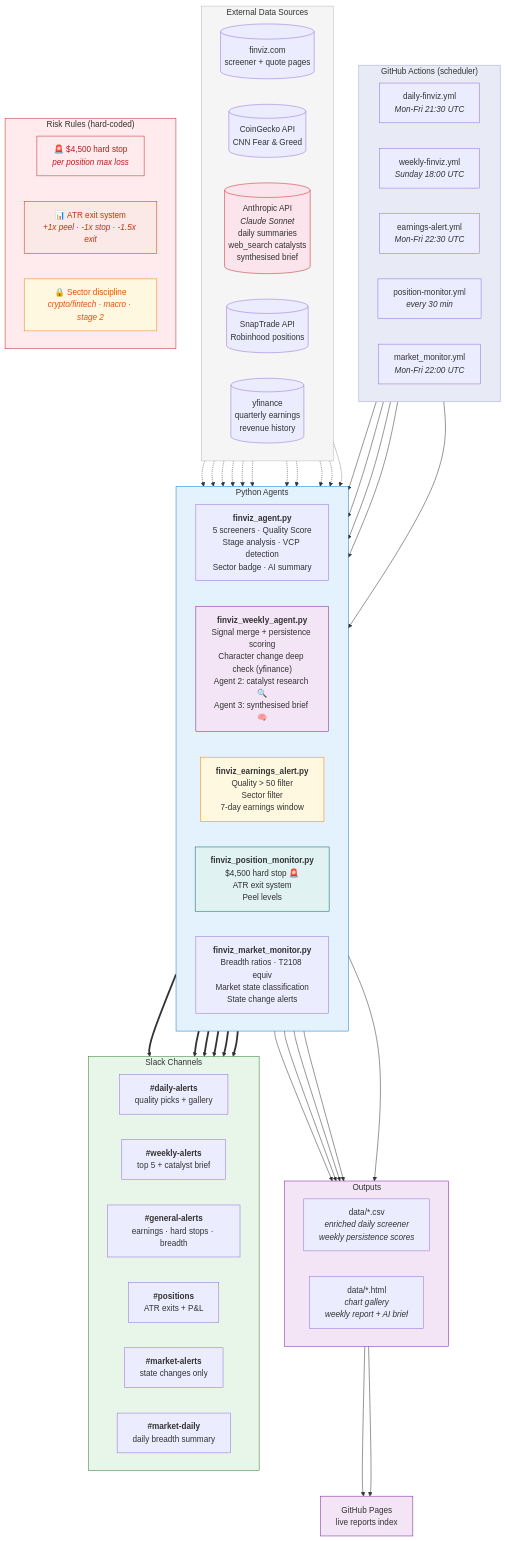
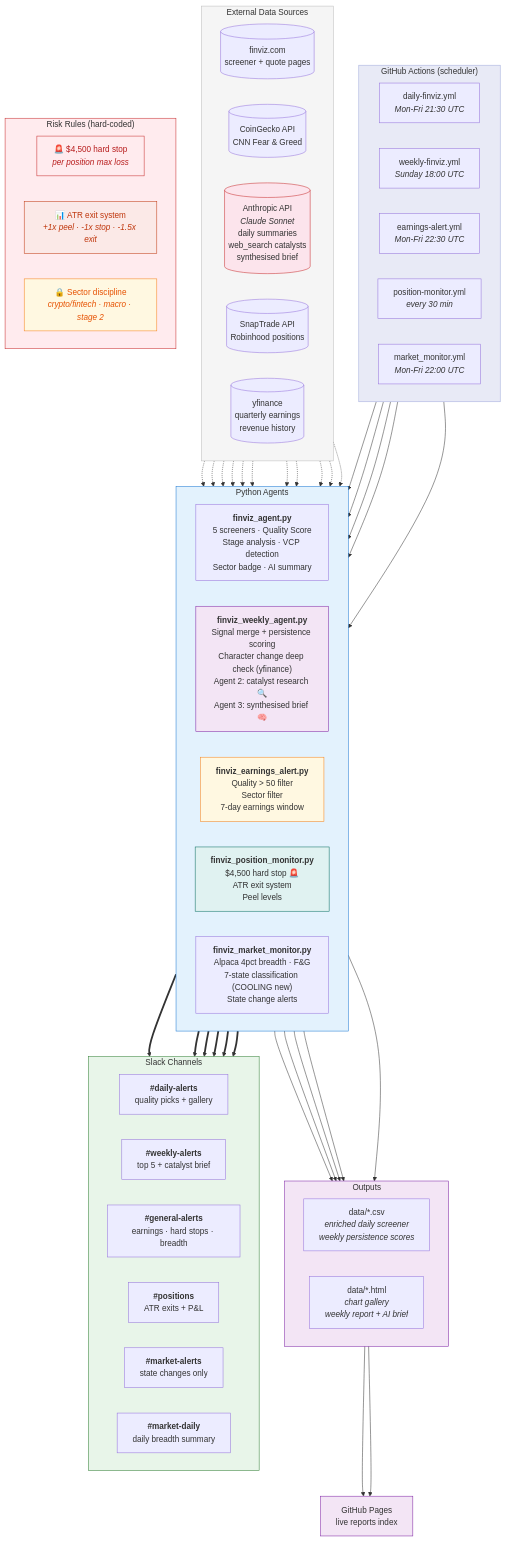
One commit to AnanthSrinivasan/finviz-screener-agent changed the diagram in SYSTEM_DOCS.md. Above: the diagram before and after it, drawn with Mermaid. The commit also changed other lines of this file and 3 other files, not shown here.

First line of the commit message:
feat: 7-state directional market state machine + COOLING state

```diff
--- a/SYSTEM_DOCS.md
+++ b/SYSTEM_DOCS.md
@@ -47,7 +47,7 @@
         A2["<b>finviz_weekly_agent.py</b><br/>Signal merge + persistence scoring<br/>Character change deep check (yfinance)<br/>Agent 2: catalyst research 🔍<br/>Agent 3: synthesised brief 🧠"]
         A3["<b>finviz_earnings_alert.py</b><br/>Quality &gt; 50 filter<br/>Sector filter<br/>7-day earnings window"]
         A4["<b>finviz_position_monitor.py</b><br/>$4,500 hard stop 🚨<br/>ATR exit system<br/>Peel levels"]
-        A5["<b>finviz_market_monitor.py</b><br/>Breadth ratios · T2108 equiv<br/>Market state classification<br/>State change alerts"]
+        A5["<b>finviz_market_monitor.py</b><br/>Alpaca 4pct breadth · F&amp;G<br/>7-state classification (COOLING new)<br/>State change alerts"]
     end
 
     W1 --> A1
```
